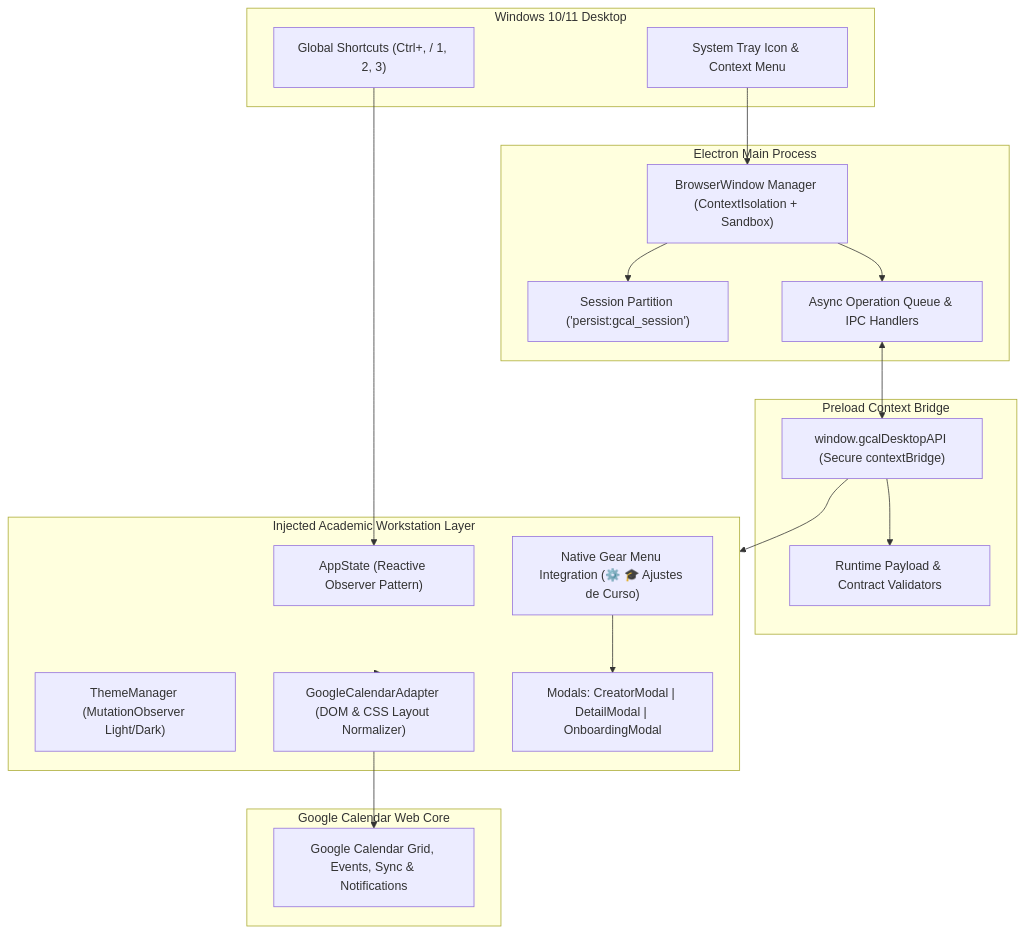
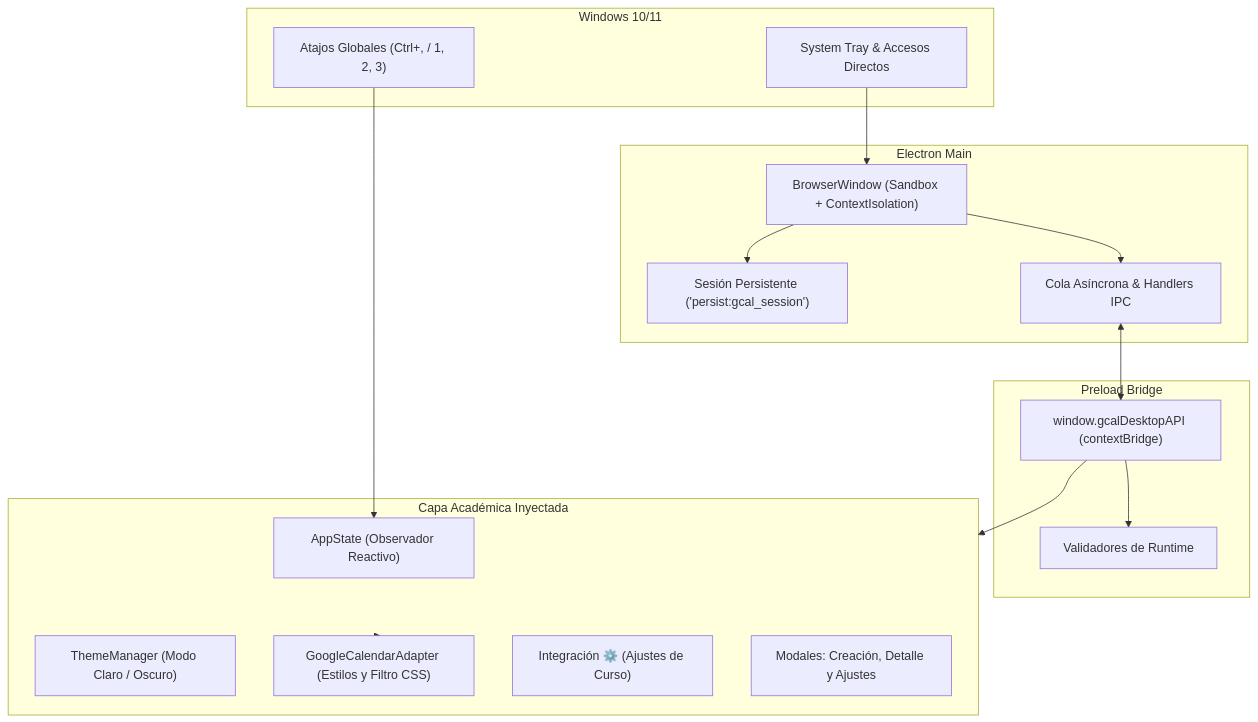
One commit to dukecorse1972/academic-calendar-desktop changed the diagram in README.md. Above: the diagram before and after it, drawn with Mermaid. The commit also changed other lines of this file, not shown here.

````diff
--- a/README.md
+++ b/README.md
@@ -95,41 +164,35 @@
 ```mermaid
 flowchart TD
-    subgraph OS["Windows 10/11 Desktop"]
-        Tray["System Tray Icon & Context Menu"]
-        Shortcuts["Global Shortcuts (Ctrl+, / 1, 2, 3)"]
+    subgraph OS["Windows 10/11"]
+        Tray["System Tray & Accesos Directos"]
+        Shortcuts["Atajos Globales (Ctrl+, / 1, 2, 3)"]
     end
 
-    subgraph ElectronMain["Electron Main Process"]
-        Session["Session Partition ('persist:gcal_session')"]
-        WindowManager["BrowserWindow Manager (ContextIsolation + Sandbox)"]
-        IPC["Async Operation Queue & IPC Handlers"]
+    subgraph Main["Electron Main"]
+        Session["Sesión Persistente ('persist:gcal_session')"]
+        Window["BrowserWindow (Sandbox + ContextIsolation)"]
+        IPC["Cola Asíncrona & Handlers IPC"]
     end
 
-    subgraph PreloadBridge["Preload Context Bridge"]
-        API["window.gcalDesktopAPI (Secure contextBridge)"]
-        Validators["Runtime Payload & Contract Validators"]
+    subgraph Preload["Preload Bridge"]
+        API["window.gcalDesktopAPI (contextBridge)"]
+        Val["Validadores de Runtime"]
     end
 
-    subgraph InjectedLayer["Injected Academic Workstation Layer"]
-        AppState["AppState (Reactive Observer Pattern)"]
-        Theme["ThemeManager (MutationObserver Light/Dark)"]
-        Adapter["GoogleCalendarAdapter (DOM & CSS Layout Normalizer)"]
-        GearMenu["Native Gear Menu Integration (⚙️ 🎓 Ajustes de Curso)"]
-        Modals["Modals: CreatorModal | DetailModal | OnboardingModal"]
+    subgraph Injected["Capa Académica Inyectada"]
+        State["AppState (Observador Reactivo)"]
+        Theme["ThemeManager (Modo Claro / Oscuro)"]
+        Adapter["GoogleCalendarAdapter (Estilos y Filtro CSS)"]
+        Gear["Integración ⚙️ (Ajustes de Curso)"]
+        Modals["Modales: Creación, Detalle y Ajustes"]
     end
 
-    subgraph GoogleCore["Google Calendar Web Core"]
-        GCalDOM["Google Calendar Grid, Events, Sync & Notifications"]
-    end
-
-    Tray --> WindowManager
-    Shortcuts --> AppState
-    WindowManager --> Session
-    WindowManager --> IPC
+    Tray --> Window
+    Shortcuts --> State
+    Window --> Session
+    Window --> IPC
     IPC <--> API
-    API --> Validators
-    API --> InjectedLayer
-    InjectedLayer --> Adapter
-    Adapter --> GCalDOM
-    GearMenu --> Modals
+    API --> Val
+    API --> Injected
+    Injected --> Adapter
 ```
````
